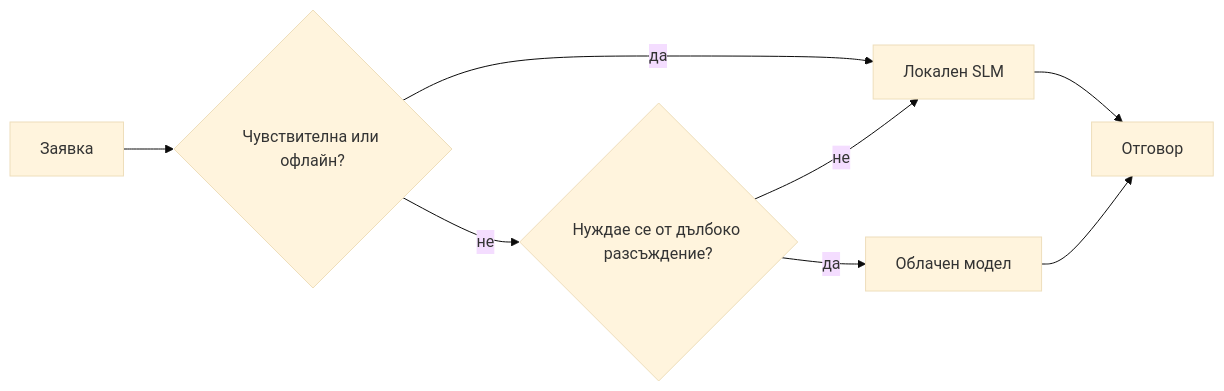
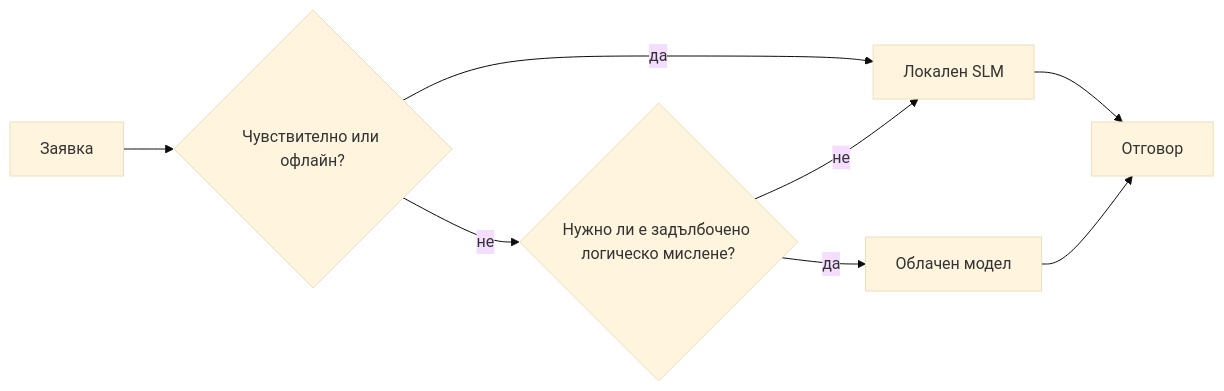
One commit to gabrielmoreira/agent-skills-mirror changed the fourth of 4 diagrams in mirrors/repos/microsoft@ai-agents-for-beginners/translations/bg/17-creating-local-ai-agents/README.md. Above: the diagram before and after it, drawn with Mermaid (base theme). The commit also changed other lines of this file and 4262 other files, not shown here.

````diff
--- a/mirrors/repos/microsoft@ai-agents-for-beginners/translations/bg/17-creating-local-ai-agents/README.md
+++ b/mirrors/repos/microsoft@ai-agents-for-beginners/translations/bg/17-creating-local-ai-agents/README.md
@@ -156,10 +156,10 @@
 ```mermaid
 flowchart LR
-    Q[Заявка] --> S{Чувствителна или офлайн?}
+    Q[Заявка] --> S{Чувствително или офлайн?}
     S -->|да| L[Локален SLM]
-    S -->|не| C{Нуждае се от дълбоко разсъждение?}
+    S -->|не| C{Нужно ли е задълбочено логическо мислене?}
     C -->|не| L
     C -->|да| Cloud[Облачен модел]
     L --> Out[Отговор]
     Cloud --> Out
 ```
````
